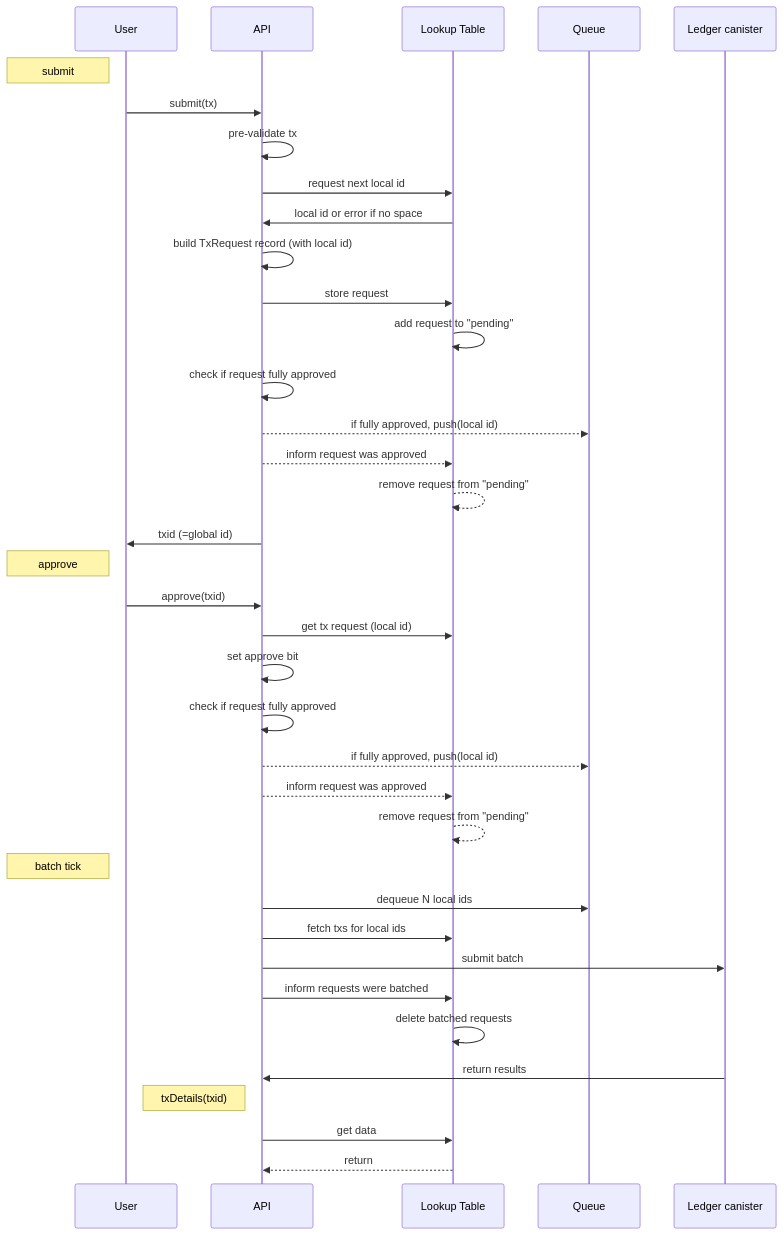
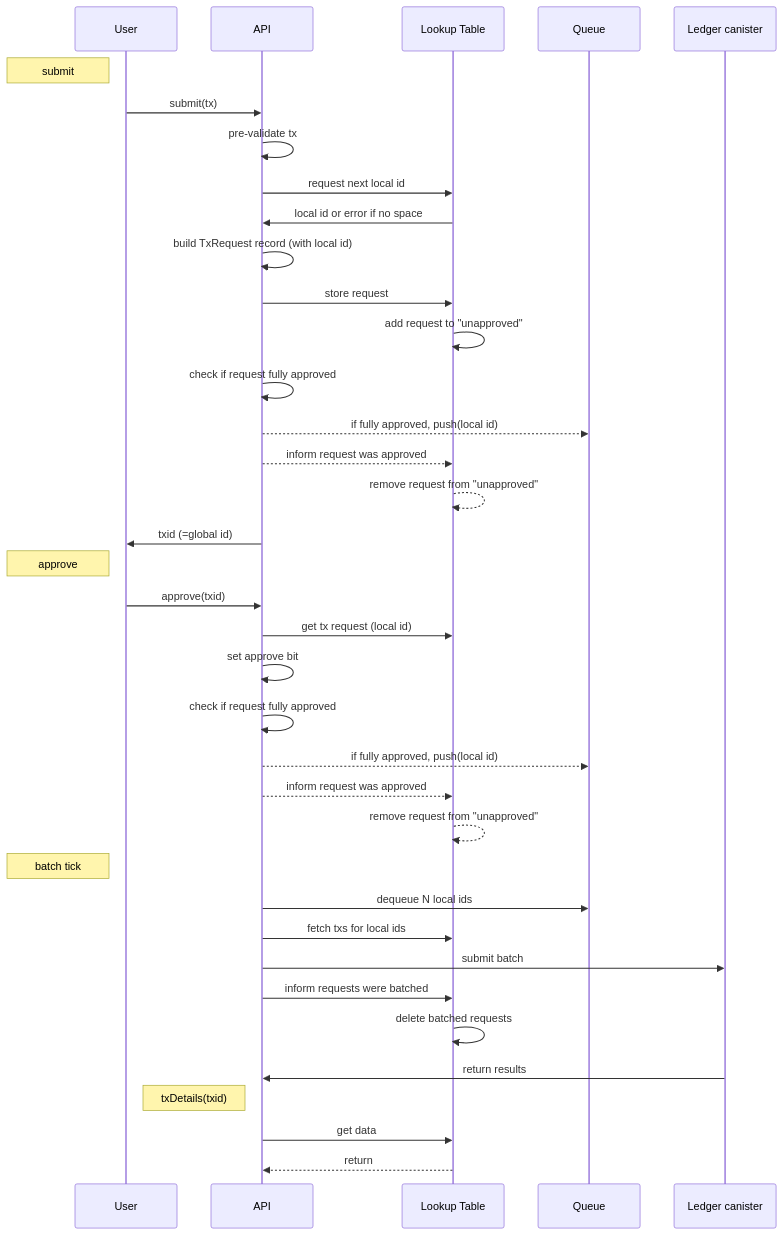
The diagram in README.md (research-ag/hpl), drawn with Mermaid before and after one commit. The commit also changed other lines of this file and 3 other files, not shown here.

````diff
--- a/README.md
+++ b/README.md
@@ -155,34 +155,34 @@
 ```mermaid
 sequenceDiagram
     Note left of User: submit
     User->>API: submit(tx)
     API->>API: pre-validate tx 
     API->>Lookup Table: request next local id
     Lookup Table->>API: local id or error if no space
     API->>API: build TxRequest record (with local id)
     API->>Lookup Table: store request
-    Lookup Table->>Lookup Table: add request to "pending"
+    Lookup Table->>Lookup Table: add request to "unapproved"
     API->>API: check if request fully approved
     API-->>Queue: if fully approved, push(local id)
     API-->>Lookup Table: inform request was approved
-    Lookup Table-->>Lookup Table: remove request from "pending"
+    Lookup Table-->>Lookup Table: remove request from "unapproved"
     API->>User: txid (=global id) 
     Note left of User: approve
     User->>API: approve(txid)
     API->>Lookup Table: get tx request (local id) 
     API->>API: set approve bit
     API->>API: check if request fully approved
     API-->>Queue: if fully approved, push(local id)
     API-->>Lookup Table: inform request was approved
-    Lookup Table-->>Lookup Table: remove request from "pending"
+    Lookup Table-->>Lookup Table: remove request from "unapproved"
     Note left of User: batch tick
     API->>Queue: dequeue N local ids
     API->>Lookup Table: fetch txs for local ids
     API->>Ledger canister: submit batch
     API->>Lookup Table: inform requests were batched
     Lookup Table->>Lookup Table: delete batched requests
     Ledger canister->>API: return results
     Note left of API: txDetails(txid)
     API->>Lookup Table: get data
     Lookup Table-->>API: return
 ```
````
